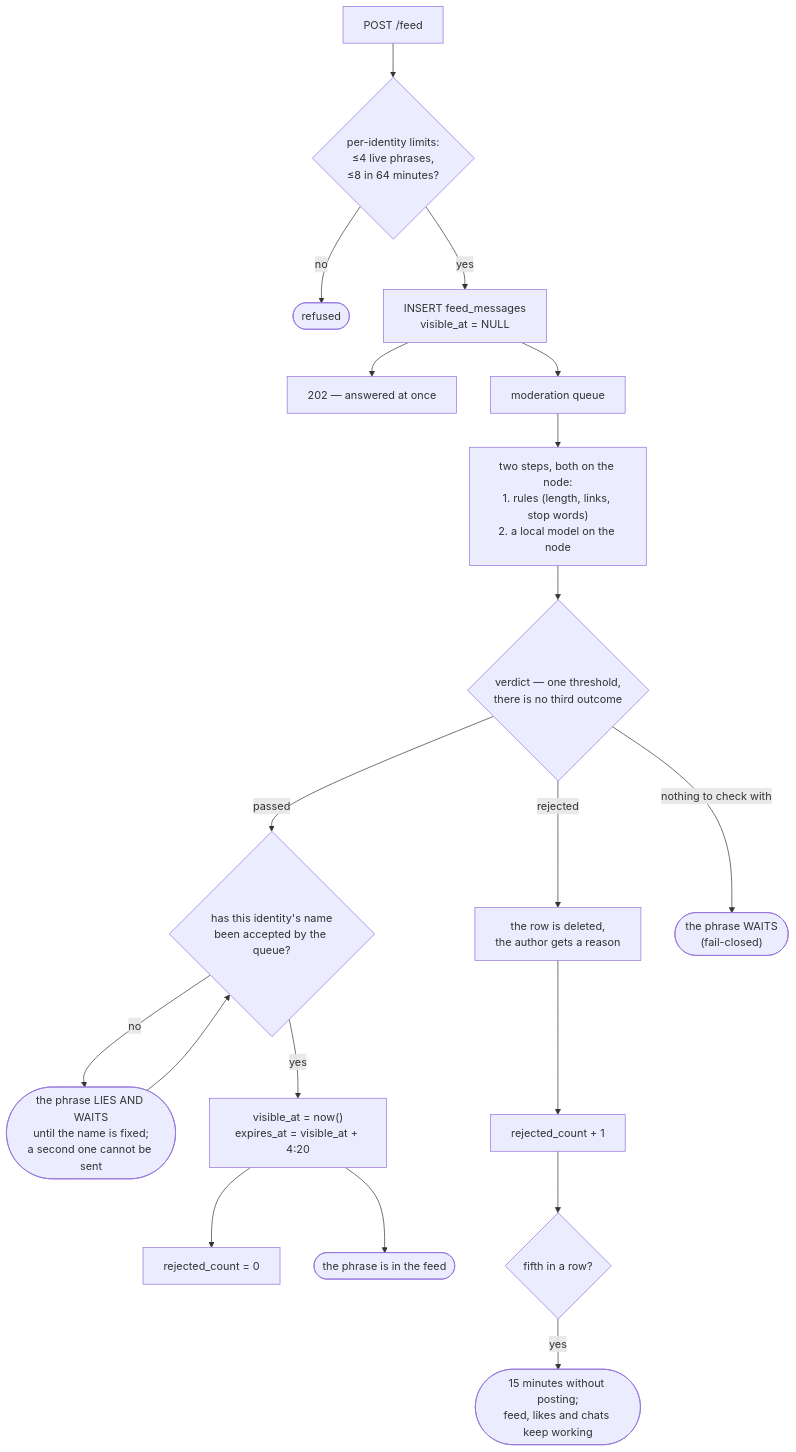
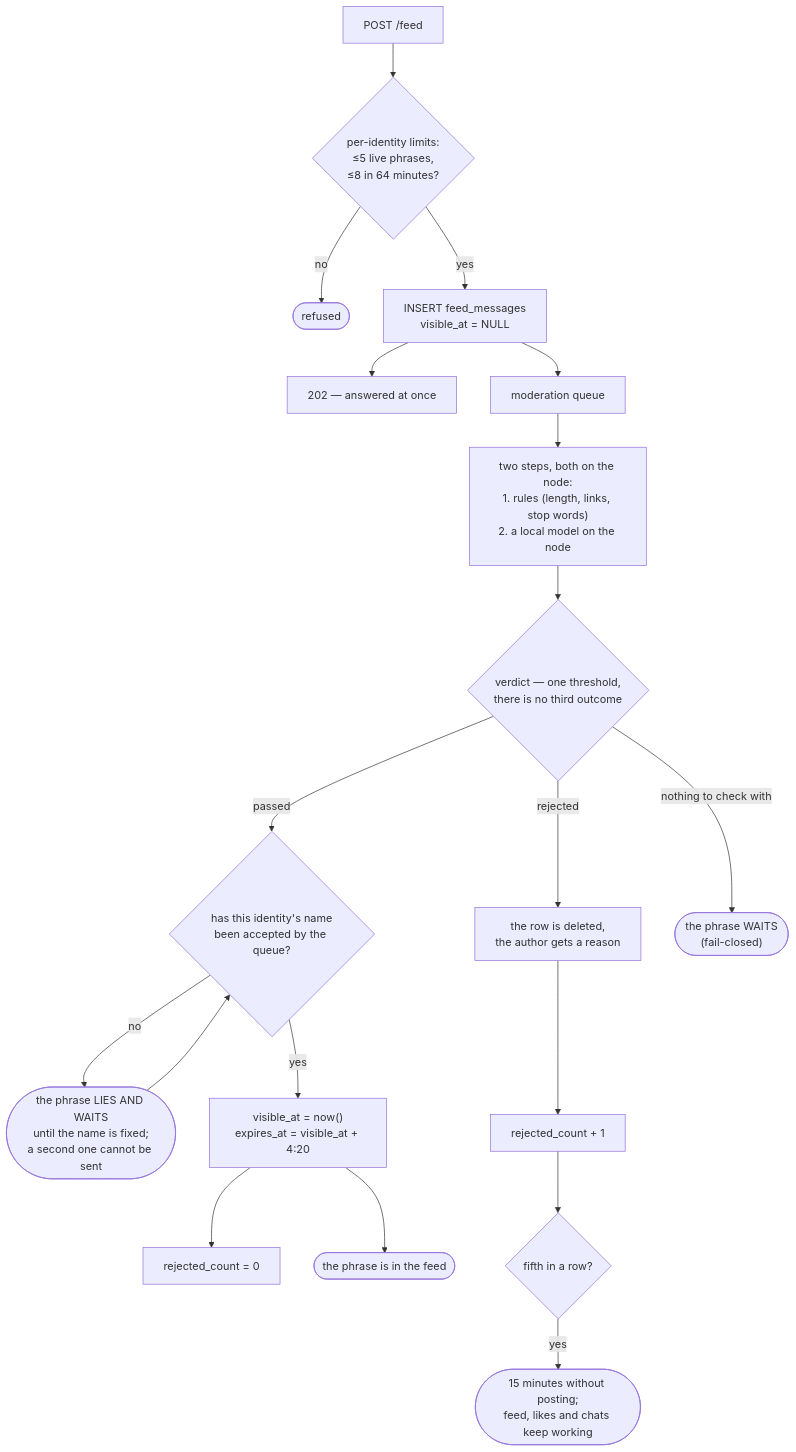
The seventh of 30 diagrams in docs/chat-flows_EN.md (panov-id/xor.ad), drawn with Mermaid before and after one commit. The commit also changed other lines of this file and 8 other files, not shown here.

````diff
--- a/docs/chat-flows_EN.md
+++ b/docs/chat-flows_EN.md
@@ -222,21 +222,21 @@
 ```mermaid
 flowchart TD
-  post["POST /feed"] --> limits{"per-identity limits:<br/>≤4 live phrases,<br/>≤8 in 64 minutes?"}
+  post["POST /feed"] --> limits{"per-identity limits:<br/>≤5 live phrases,<br/>≤8 in 64 minutes?"}
   limits -- "no" --> refuse(["refused"])
   limits -- "yes" --> insert["INSERT feed_messages<br/>visible_at = NULL"]
   insert --> ans["202 — answered at once"]
   insert --> queue["moderation queue"]
   queue --> ladder["two steps, both on the node:<br/>1. rules #40;length, links, stop words#41;<br/>2. a local model on the node"]
   ladder --> verdict{"verdict — one threshold,<br/>there is no third outcome"}
   verdict -- "passed" --> name{"has this identity's name<br/>been accepted by the queue?"}
   name -- "no" --> hold(["the phrase LIES AND WAITS<br/>until the name is fixed;<br/>a second one cannot be sent"])
   hold --> name
   name -- "yes" --> live["visible_at = now#40;#41;<br/>expires_at = visible_at + 4:20"]
   live --> zero["rejected_count = 0"]
   live --> shown(["the phrase is in the feed"])
   verdict -- "rejected" --> del["the row is deleted,<br/>the author gets a reason"]
   del --> count["rejected_count + 1"]
   count --> block{"fifth in a row?"}
   block -- "yes" --> mute(["15 minutes without posting;<br/>feed, likes and chats keep working"])
   verdict -- "nothing to check with" --> wait(["the phrase WAITS<br/>#40;fail-closed#41;"])
 ```
````
